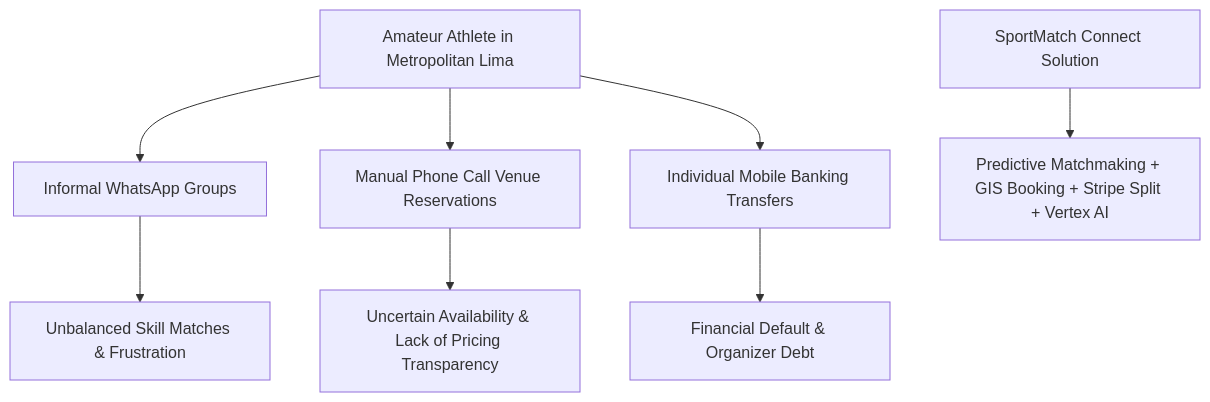
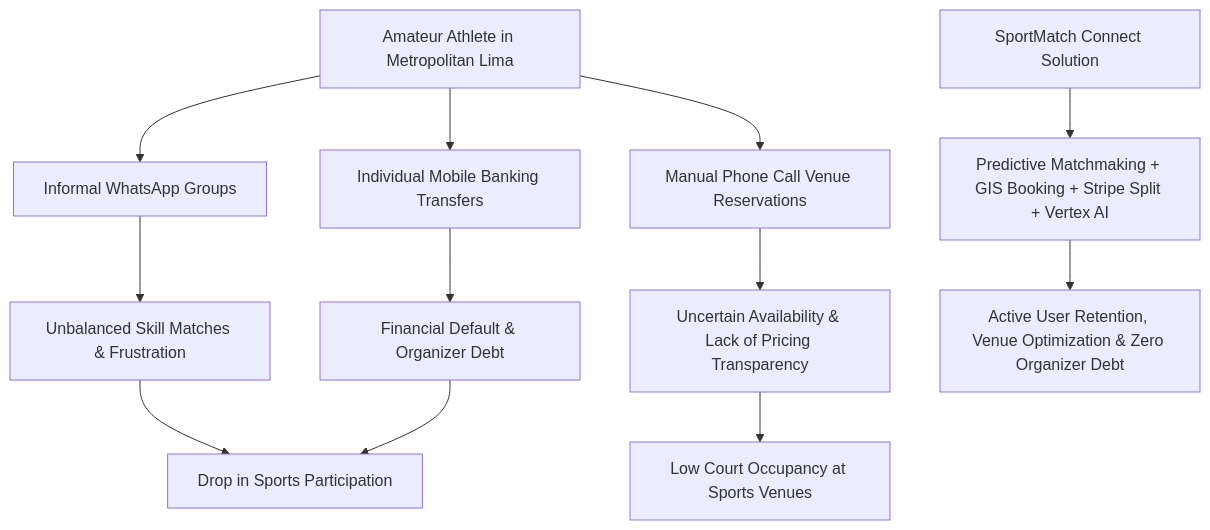
One commit to jojiz29/sportmatch-connect changed the first of 2 diagrams in ENTREGABLE/2. Paper Edwin/1_PAPER_CIENTIFICO_IEEE_EN.md. Above: the diagram before and after it, drawn with Mermaid. The commit also changed other lines of this file and 21 other files, not shown here.

````diff
--- a/ENTREGABLE/2. Paper Edwin/1_PAPER_CIENTIFICO_IEEE_EN.md
+++ b/ENTREGABLE/2. Paper Edwin/1_PAPER_CIENTIFICO_IEEE_EN.md
@@ -47,10 +55,14 @@
 ```mermaid
 graph TD
     A[Amateur Athlete in Metropolitan Lima] --> B[Informal WhatsApp Groups]
     A --> C[Manual Phone Call Venue Reservations]
     A --> D[Individual Mobile Banking Transfers]
     B --> E[Unbalanced Skill Matches & Frustration]
     C --> F[Uncertain Availability & Lack of Pricing Transparency]
     D --> G[Financial Default & Organizer Debt]
     H[SportMatch Connect Solution] --> I[Predictive Matchmaking + GIS Booking + Stripe Split + Vertex AI]
+    E --> J[Drop in Sports Participation]
+    F --> K[Low Court Occupancy at Sports Venues]
+    G --> J
+    I --> L[Active User Retention, Venue Optimization & Zero Organizer Debt]
 ```
````
